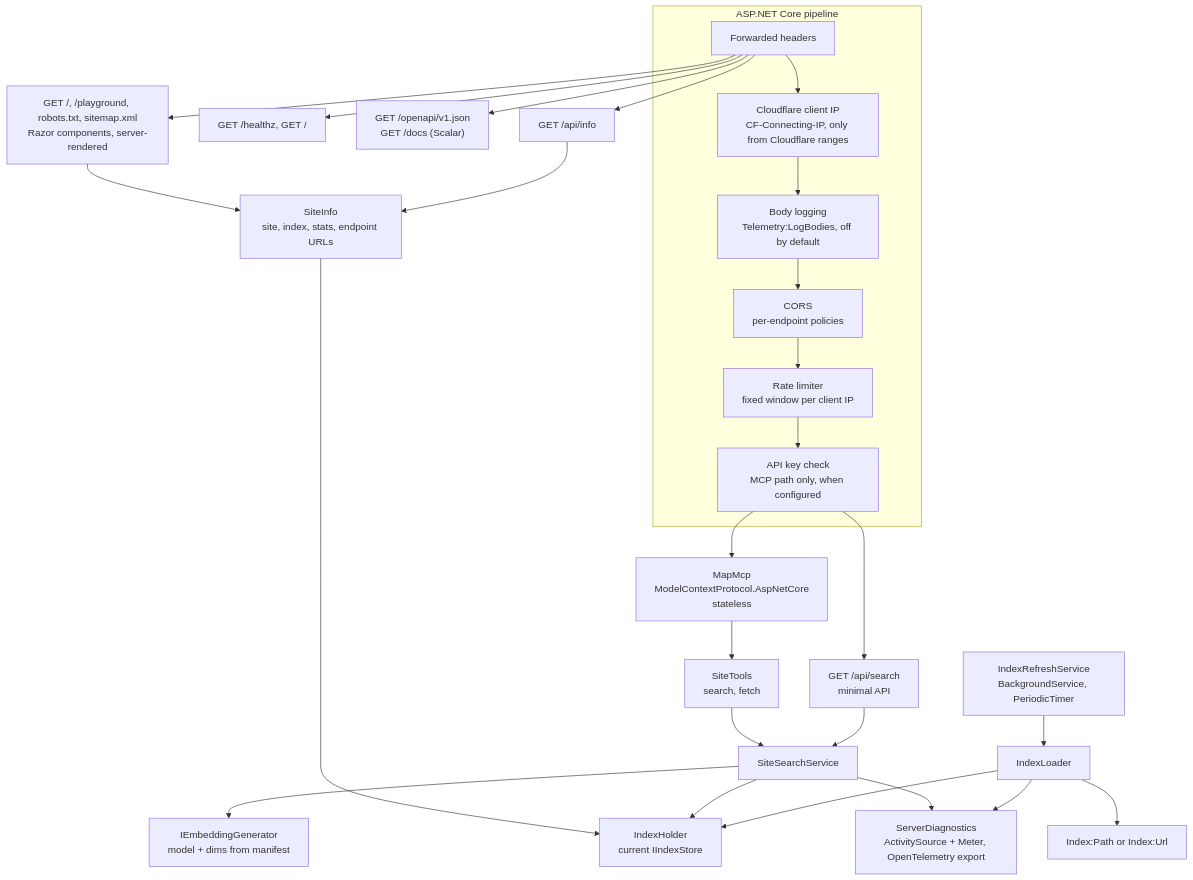
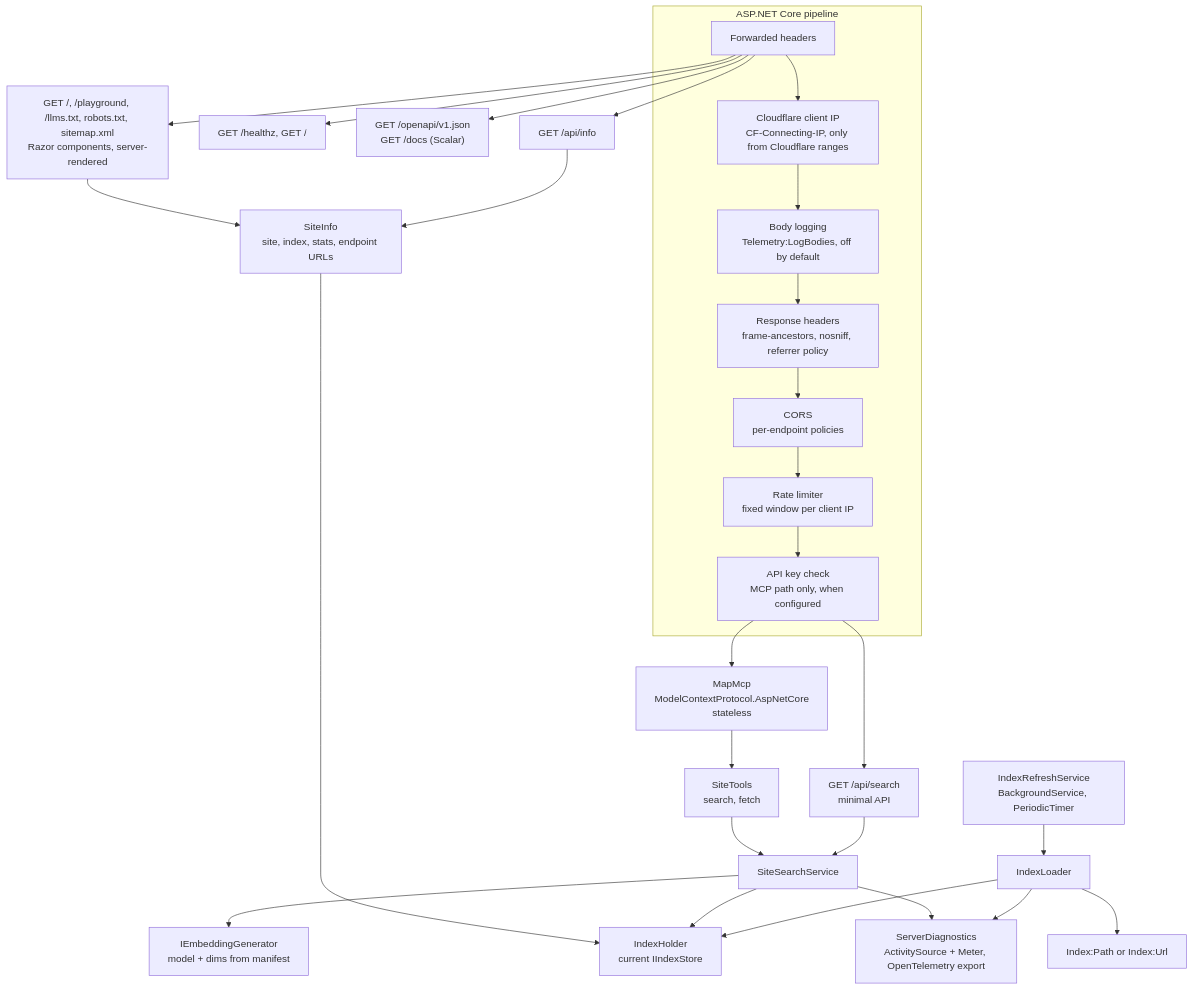
One commit to pournasserian/mcp-my-site changed the ninth of 12 diagrams in docs/architecture.md. Above: the diagram before and after it, drawn with Mermaid. The commit also changed other lines of this file and 4 other files, not shown here.

Commit message:
Bring architecture doc and user guide up to date

````diff
--- a/docs/architecture.md
+++ b/docs/architecture.md
@@ -332,26 +332,26 @@
 ```mermaid
 flowchart TB
     subgraph Pipeline["ASP.NET Core pipeline"]
-        FH["Forwarded headers"] --> CFIP["Cloudflare client IP<br/>CF-Connecting-IP, only from Cloudflare ranges"] --> BL["Body logging<br/>Telemetry:LogBodies, off by default"] --> CORS["CORS<br/>per-endpoint policies"] --> RL["Rate limiter<br/>fixed window per client IP"] --> Key["API key check<br/>MCP path only, when configured"]
+        FH["Forwarded headers"] --> CFIP["Cloudflare client IP<br/>CF-Connecting-IP, only from Cloudflare ranges"] --> BL["Body logging<br/>Telemetry:LogBodies, off by default"] --> RH["Response headers<br/>frame-ancestors, nosniff, referrer policy"] --> CORS["CORS<br/>per-endpoint policies"] --> RL["Rate limiter<br/>fixed window per client IP"] --> Key["API key check<br/>MCP path only, when configured"]
     end
     Key --> MCP["MapMcp<br/>ModelContextProtocol.AspNetCore<br/>stateless"]
     Key --> SAPI["GET /api/search<br/>minimal API"]
     FH --> H["GET /healthz, GET /"]
     FH --> Docs["GET /openapi/v1.json<br/>GET /docs (Scalar)"]
-    FH --> Pages["GET /, /playground, robots.txt, sitemap.xml<br/>Razor components, server-rendered"]
+    FH --> Pages["GET /, /playground, /llms.txt, robots.txt, sitemap.xml<br/>Razor components, server-rendered"]
     FH --> Info["GET /api/info"]
     Pages --> SI["SiteInfo<br/>site, index, stats, endpoint URLs"]
     Info --> SI
     SI --> Holder
 
     MCP --> Tools["SiteTools<br/>search, fetch"]
     Tools --> SS["SiteSearchService"]
     SAPI --> SS
     SS --> Gen["IEmbeddingGenerator<br/>model + dims from manifest"]
     SS --> Holder["IndexHolder<br/>current IIndexStore"]
     Loader["IndexLoader"] --> Holder
     Refresh["IndexRefreshService<br/>BackgroundService, PeriodicTimer"] --> Loader
     Loader --> Src["Index:Path or Index:Url"]
     SS --> Tel["ServerDiagnostics<br/>ActivitySource + Meter, OpenTelemetry export"]
     Loader --> Tel
 ```
````
